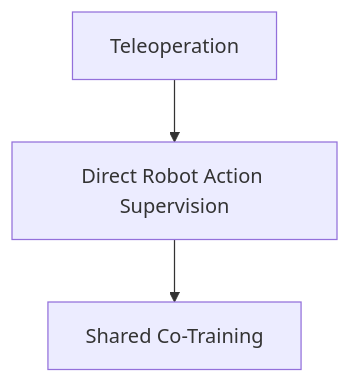
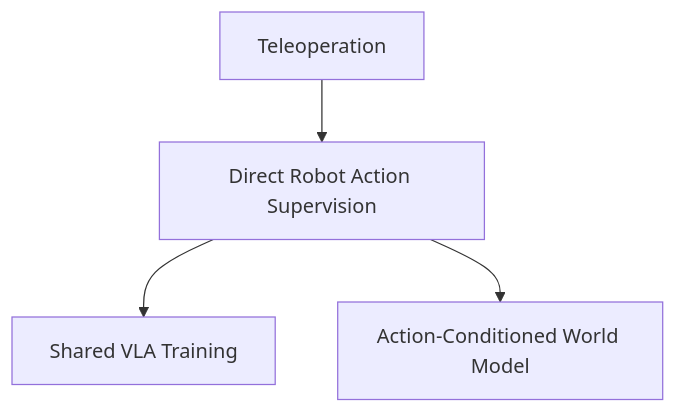
The fourth of 14 diagrams in docs/specs/post-demo/lunch_robotics.md (Freelunch-AI/freelunch-ide), drawn with Mermaid before and after one commit. The commit also changed other lines of this file, not shown here.

````diff
--- a/docs/specs/post-demo/lunch_robotics.md
+++ b/docs/specs/post-demo/lunch_robotics.md
@@ -276,7 +456,8 @@
 ```mermaid
 flowchart TD
     A["Teleoperation"]
     --> B["Direct Robot Action Supervision"]
 
-    B --> C["Shared Co-Training"]
+    B --> C["Shared VLA Training"]
+    B --> D["Action-Conditioned World Model"]
 ```
````
